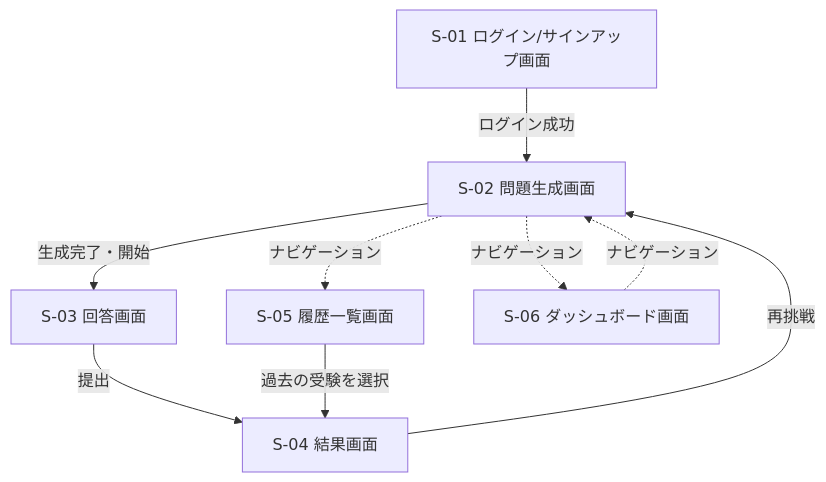
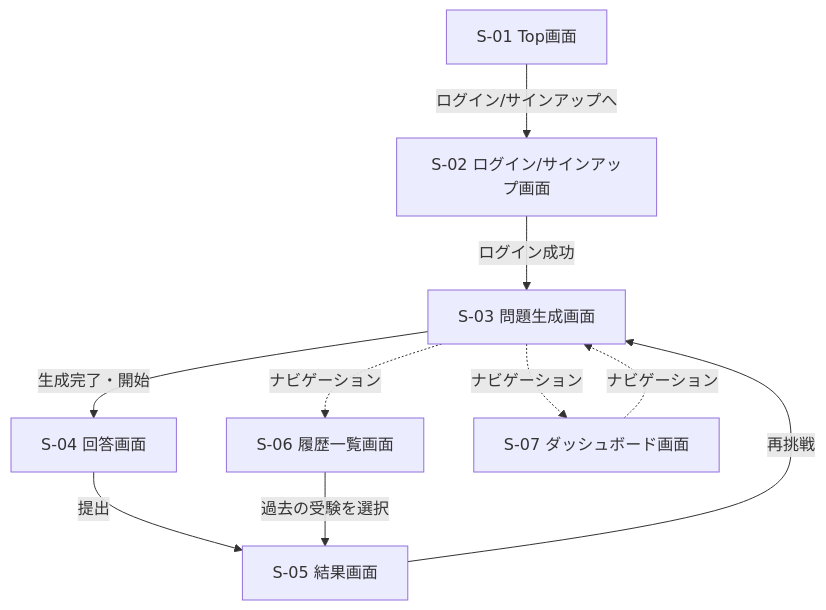
The diagram in docs/画面遷移図.md (h-fujiwara-dev/ielts-creater), drawn with Mermaid before and after one commit. The commit also changed 8 other files, not shown here.

````diff
--- a/docs/画面遷移図.md
+++ b/docs/画面遷移図.md
@@ -6,11 +6,12 @@
 ```mermaid
 flowchart TD
-    S01[S-01 ログイン/サインアップ画面] -->|ログイン成功| S02[S-02 問題生成画面]
-    S02 -->|生成完了・開始| S03[S-03 回答画面]
-    S03 -->|提出| S04[S-04 結果画面]
-    S04 -->|再挑戦| S02
-    S02 -.ナビゲーション.-> S05[S-05 履歴一覧画面]
-    S02 -.ナビゲーション.-> S06[S-06 ダッシュボード画面]
-    S05 -->|過去の受験を選択| S04
-    S06 -.ナビゲーション.-> S02
+    S01[S-01 Top画面] -->|ログイン/サインアップへ| S02[S-02 ログイン/サインアップ画面]
+    S02 -->|ログイン成功| S03[S-03 問題生成画面]
+    S03 -->|生成完了・開始| S04[S-04 回答画面]
+    S04 -->|提出| S05[S-05 結果画面]
+    S05 -->|再挑戦| S03
+    S03 -.ナビゲーション.-> S06[S-06 履歴一覧画面]
+    S03 -.ナビゲーション.-> S07[S-07 ダッシュボード画面]
+    S06 -->|過去の受験を選択| S05
+    S07 -.ナビゲーション.-> S03
 ```
````
